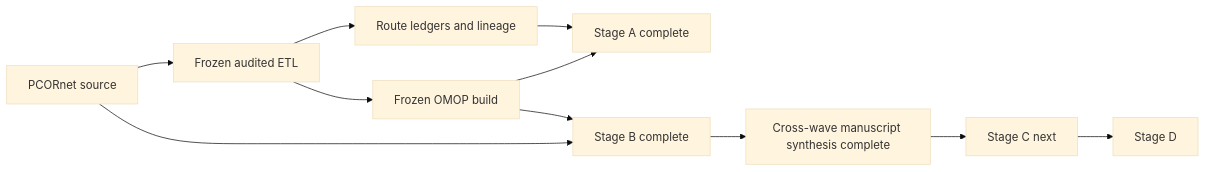
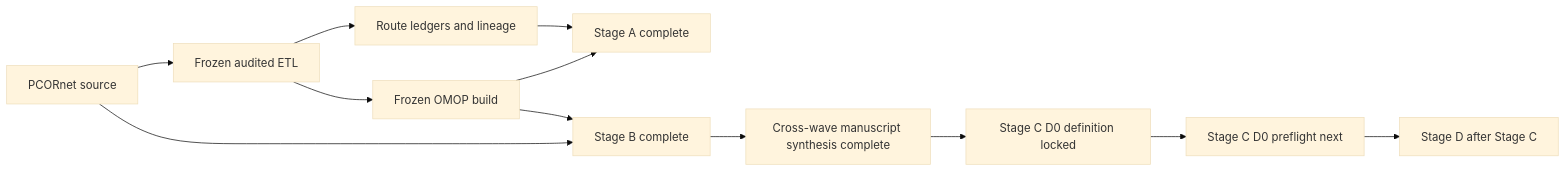
The first of 2 diagrams in docs/current_status_and_publication_plan.md (vafaei-ar/pcornet-omop-validation), drawn with Mermaid (base theme) before and after one commit. The commit also changed other lines of this file, not shown here.

Commit message:
Advance publication plan to locked Stage C D0 preflight

````diff
--- a/docs/current_status_and_publication_plan.md
+++ b/docs/current_status_and_publication_plan.md
@@ -17,13 +17,14 @@
 ```mermaid
 flowchart LR
     A[PCORnet source] --> B[Frozen audited ETL]
     B --> C[Frozen OMOP build]
     B --> D[Route ledgers and lineage]
     C --> E[Stage A complete]
     D --> E
     A --> F[Stage B complete]
     C --> F
     F --> G[Cross-wave manuscript synthesis complete]
-    G --> H[Stage C next]
-    H --> I[Stage D]
+    G --> H[Stage C D0 definition locked]
+    H --> I[Stage C D0 preflight next]
+    I --> J[Stage D after Stage C]
 ```
````
